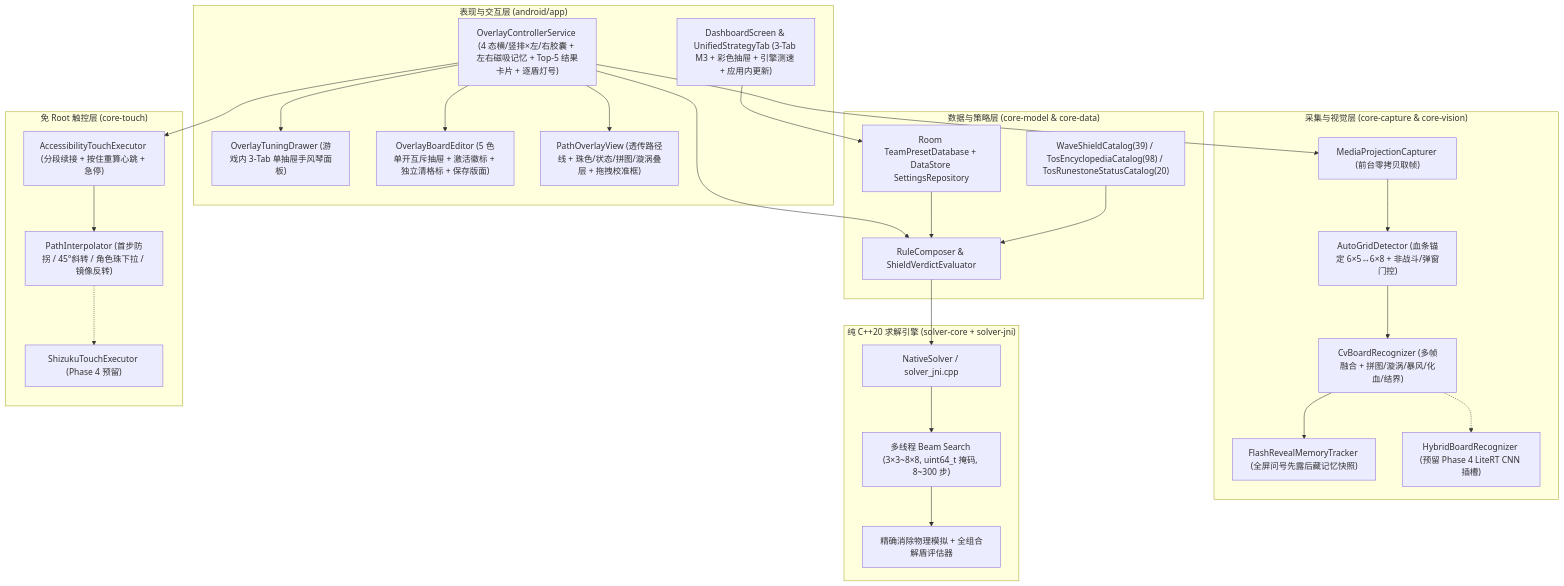
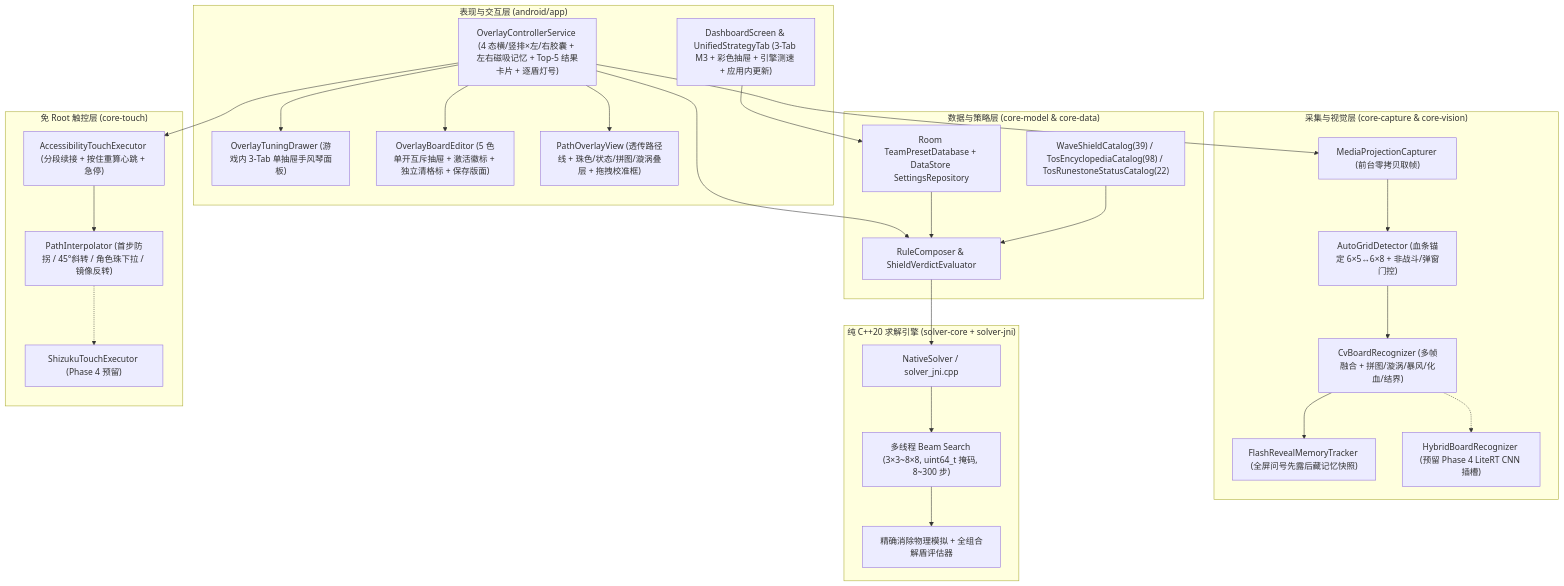
One commit to CloverKing/AutoDora-NEXT changed the third of 3 diagrams in docs/ARCHITECTURE.md. Above: the diagram before and after it, drawn with Mermaid. The commit also changed other lines of this file and 5 other files, not shown here.

Commit message:
docs: unify runestone status count to 22 (20 official + 2 classic) across all docs

````diff
--- a/docs/ARCHITECTURE.md
+++ b/docs/ARCHITECTURE.md
@@ -157,55 +157,55 @@
 ```mermaid
 flowchart TD
     subgraph UI["表现与交互层 (android/app)"]
         MainApp["DashboardScreen & UnifiedStrategyTab (3-Tab M3 + 彩色抽屉 + 引擎测速 + 应用内更新)"]
         OverlayMgr["OverlayControllerService (4 态横/竖排×左/右胶囊 + 左右磁吸记忆 + Top-5 结果卡片 + 逐盾灯号)"]
         TuningDrawer["OverlayTuningDrawer (游戏内 3-Tab 单抽屉手风琴面板)"]
         BoardEdit["OverlayBoardEditor (5 色单开互斥抽屉 + 激活徽标 + 独立清格标 + 保存版面)"]
         PathView["PathOverlayView (透传路径线 + 珠色/状态/拼图/漩涡叠层 + 拖拽校准框)"]
     end
 
     subgraph Data["数据与策略层 (core-model & core-data)"]
         Composer["RuleComposer & ShieldVerdictEvaluator"]
-        Catalogs["WaveShieldCatalog(39) / TosEncyclopediaCatalog(98) / TosRunestoneStatusCatalog(20)"]
+        Catalogs["WaveShieldCatalog(39) / TosEncyclopediaCatalog(98) / TosRunestoneStatusCatalog(22)"]
         Store["Room TeamPresetDatabase + DataStore SettingsRepository"]
     end
 
     subgraph CaptureVision["采集与视觉层 (core-capture & core-vision)"]
         MediaProj["MediaProjectionCapturer (前台零拷贝取帧)"]
         GridDetect["AutoGridDetector (血条锚定 6×5↔6×8 + 非战斗/弹窗门控)"]
         CvRecog["CvBoardRecognizer (多帧融合 + 拼图/漩涡/暴风/化血/结界)"]
         FlashMem["FlashRevealMemoryTracker (全屏问号先露后藏记忆快照)"]
         Hybrid["HybridBoardRecognizer (预留 Phase 4 LiteRT CNN 插槽)"]
     end
 
     subgraph Solver["纯 C++20 求解引擎 (solver-core + solver-jni)"]
         JniBridge["NativeSolver / solver_jni.cpp"]
         BeamEngine["多线程 Beam Search (3×3~8×8, uint64_t 掩码, 8~300 步)"]
         SimEval["精确消除物理模拟 + 全组合解盾评估器"]
     end
 
     subgraph Touch["免 Root 触控层 (core-touch)"]
         PathSmooth["PathInterpolator (首步防拐 / 45°斜转 / 角色珠下拉 / 镜像反转)"]
         A11yExec["AccessibilityTouchExecutor (分段续接 + 按住重算心跳 + 急停)"]
         ShizukuExec["ShizukuTouchExecutor (Phase 4 预留)"]
     end
 
     MainApp --> Store
     OverlayMgr --> TuningDrawer
     OverlayMgr --> BoardEdit
     OverlayMgr --> PathView
     OverlayMgr --> Composer
     OverlayMgr --> MediaProj
     OverlayMgr --> A11yExec
     Store --> Composer
     Catalogs --> Composer
     MediaProj --> GridDetect
     GridDetect --> CvRecog
     CvRecog --> FlashMem
     CvRecog -.-> Hybrid
     Composer --> JniBridge
     JniBridge --> BeamEngine
     BeamEngine --> SimEval
     A11yExec --> PathSmooth
     PathSmooth -.-> ShizukuExec
 ```
````
